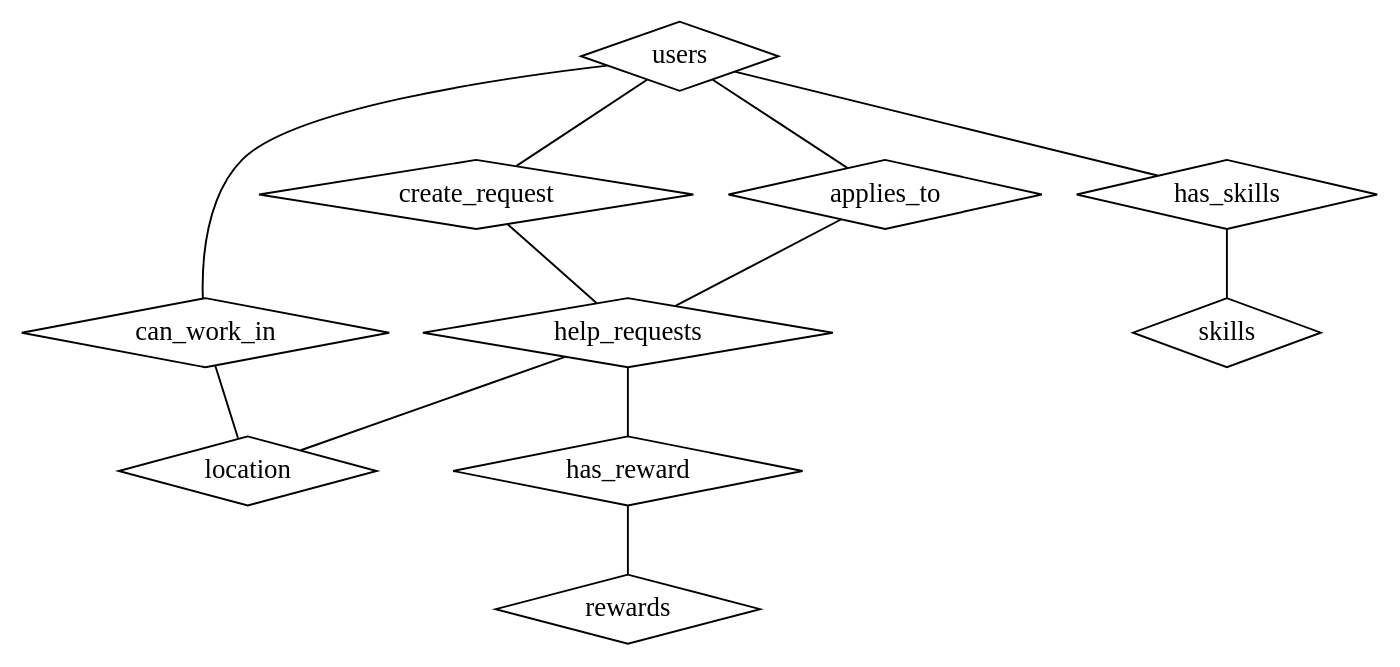
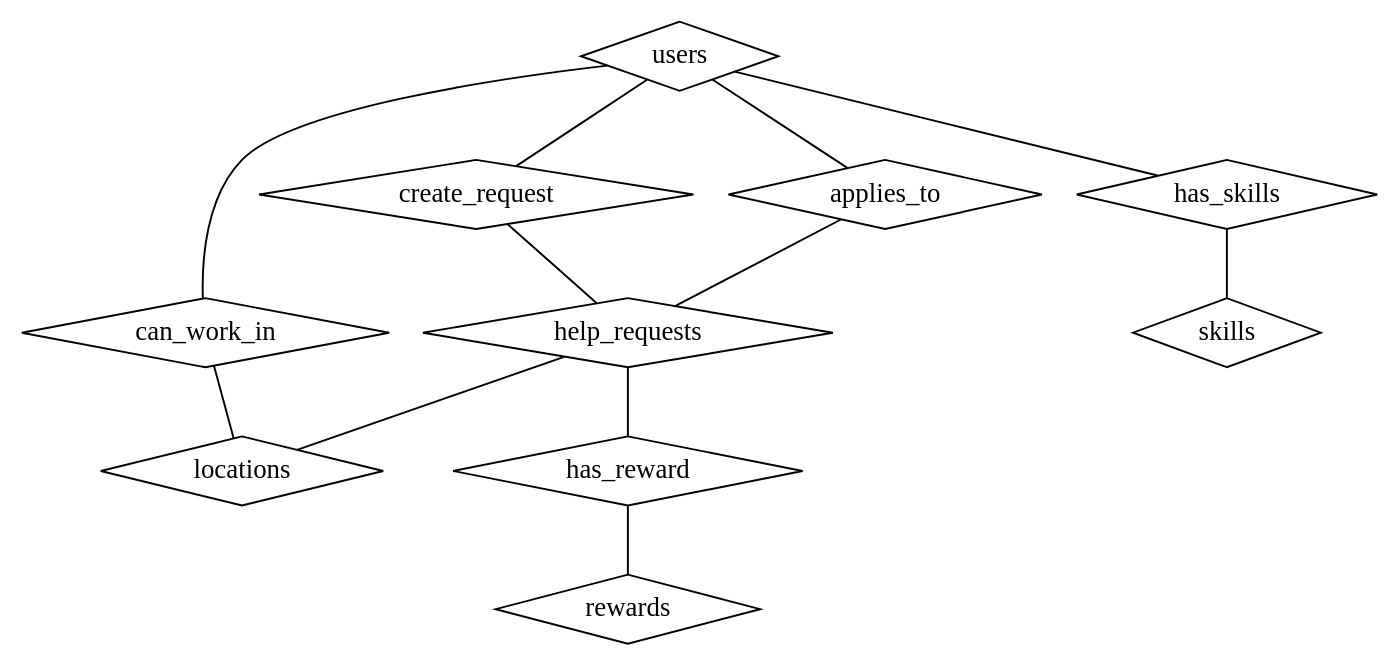
The diagram in postgresql/docs/erd.dot (arla-sigl-2021/arlaide-database), drawn with Graphviz before and after one commit. The commit also changed 4 other files, not shown here.

```diff
--- a/postgresql/docs/erd.dot
+++ b/postgresql/docs/erd.dot
@@ -1,33 +1,33 @@
 graph G {
 
     /**
      * Tables and attributes def
      */
 	"users" [shape=diamond];
 	"help_requests" [shape=diamond];
-	"location" [shape=diamond];
+	"locations" [shape=diamond];
 	"rewards" [shape=diamond];
     "skills" [shape=diamond];
 
 	"can_work_in" [shape=diamond];
 	"create_request" [shape=diamond];
     "applies_to" [shape=diamond]; 
 	"has_skills" [shape=diamond];
     "has_reward" [shape=diamond];
     
     /**
      *  Relations between tables
      */
     "users" -- "create_request";
     "create_request" -- "help_requests";
     "users" -- "applies_to";
     "applies_to" -- "help_requests";
     "help_requests" -- "has_reward";
-    "help_requests" -- "location";
+    "help_requests" -- "locations";
     "has_reward" --  "rewards";
     "users" -- "can_work_in";
-    "can_work_in" -- "location";
+    "can_work_in" -- "locations";
     "users" -- "has_skills";
     "has_skills" -- "skills";
     
 }
```
